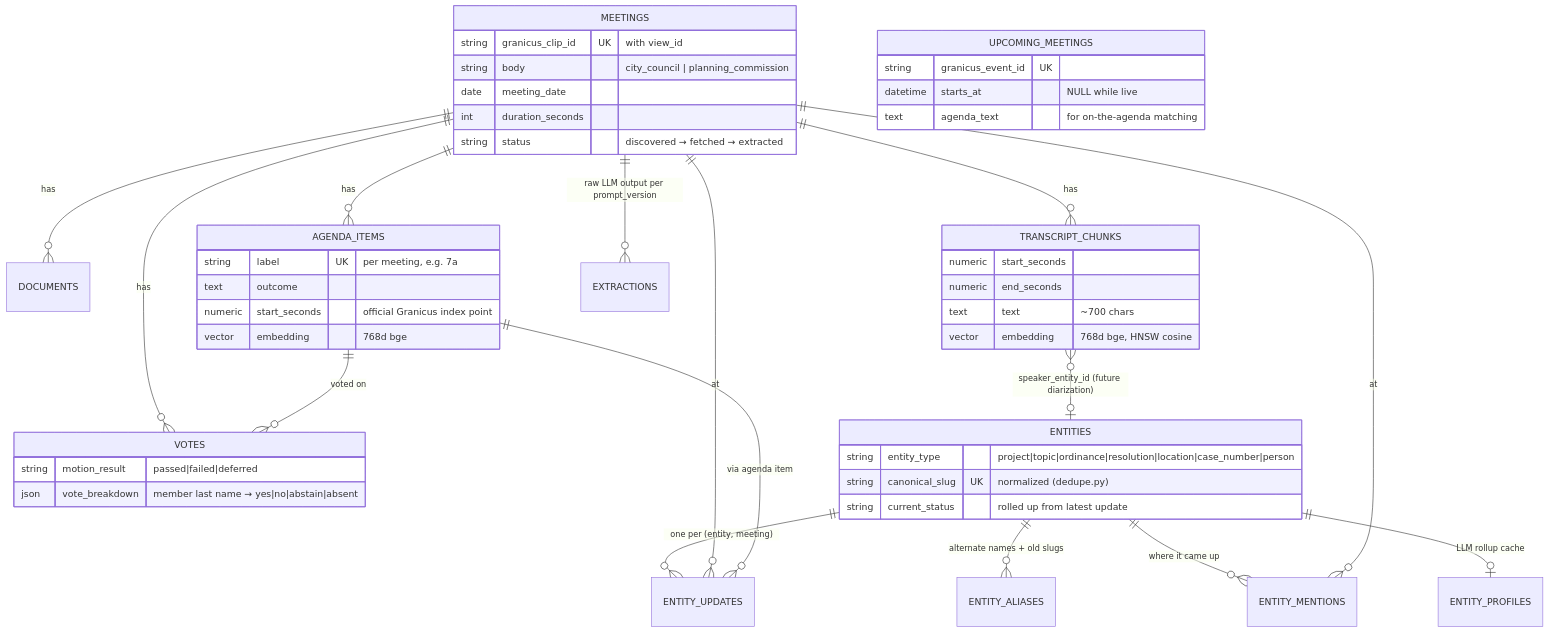
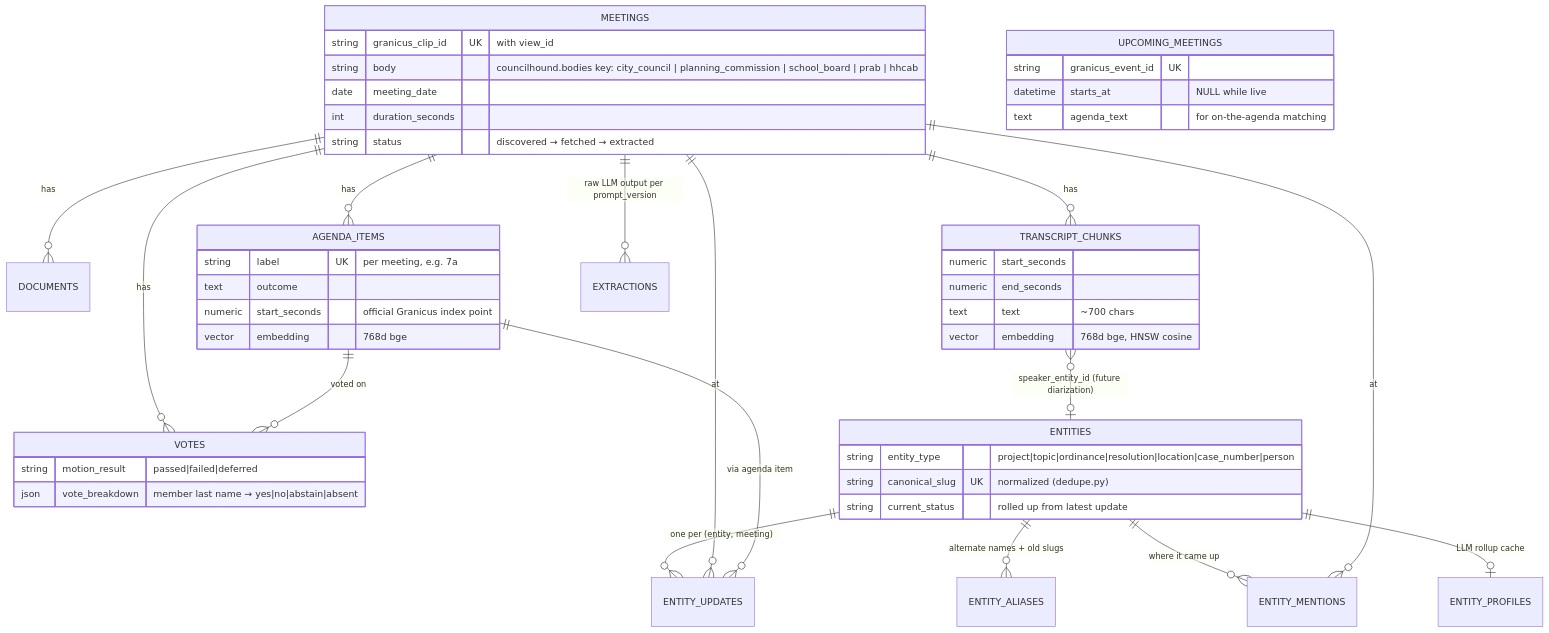
Before and after one commit to brown2hm/councilhound: the third of 5 diagrams in docs/ARCHITECTURE.md, drawn with Mermaid. The commit also changed 28 other files, not shown here.

First line of the commit message:
Track the School Board and the Parks and Housing advisory boards

````diff
--- a/docs/ARCHITECTURE.md
+++ b/docs/ARCHITECTURE.md
@@ -105,51 +105,51 @@
 ```mermaid
 erDiagram
     MEETINGS ||--o{ DOCUMENTS : has
     MEETINGS ||--o{ AGENDA_ITEMS : has
     MEETINGS ||--o{ TRANSCRIPT_CHUNKS : has
     MEETINGS ||--o{ VOTES : has
     MEETINGS ||--o{ EXTRACTIONS : "raw LLM output per prompt_version"
     AGENDA_ITEMS ||--o{ VOTES : "voted on"
     ENTITIES ||--o{ ENTITY_ALIASES : "alternate names + old slugs"
     ENTITIES ||--o{ ENTITY_UPDATES : "one per (entity, meeting)"
     ENTITIES ||--o{ ENTITY_MENTIONS : "where it came up"
     ENTITIES ||--o| ENTITY_PROFILES : "LLM rollup cache"
     MEETINGS ||--o{ ENTITY_UPDATES : at
     MEETINGS ||--o{ ENTITY_MENTIONS : at
     AGENDA_ITEMS ||--o{ ENTITY_UPDATES : "via agenda item"
     TRANSCRIPT_CHUNKS }o--o| ENTITIES : "speaker_entity_id (future diarization)"
 
     MEETINGS {
         string granicus_clip_id UK "with view_id"
-        string body "city_council | planning_commission"
+        string body "councilhound.bodies key: city_council | planning_commission | school_board | prab | hhcab"
         date meeting_date
         int duration_seconds
         string status "discovered → fetched → extracted"
     }
     AGENDA_ITEMS {
         string label UK "per meeting, e.g. 7a"
         text outcome
         numeric start_seconds "official Granicus index point"
         vector embedding "768d bge"
     }
     TRANSCRIPT_CHUNKS {
         numeric start_seconds
         numeric end_seconds
         text text "~700 chars"
         vector embedding "768d bge, HNSW cosine"
     }
     ENTITIES {
         string entity_type "project|topic|ordinance|resolution|location|case_number|person"
         string canonical_slug UK "normalized (dedupe.py)"
         string current_status "rolled up from latest update"
     }
     VOTES {
         string motion_result "passed|failed|deferred"
         json vote_breakdown "member last name → yes|no|abstain|absent"
     }
     UPCOMING_MEETINGS {
         string granicus_event_id UK
         datetime starts_at "NULL while live"
         text agenda_text "for on-the-agenda matching"
     }
 ```
````
